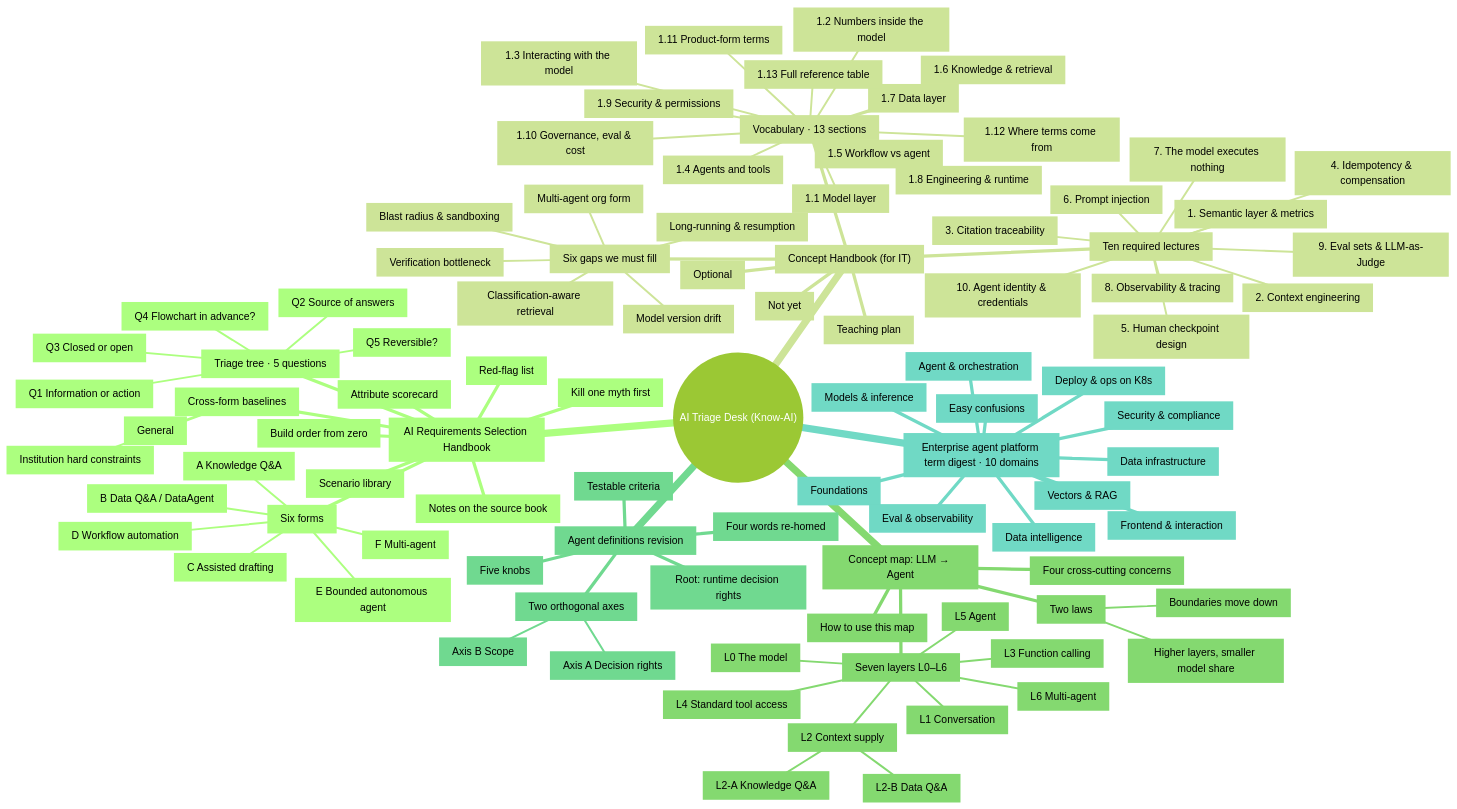
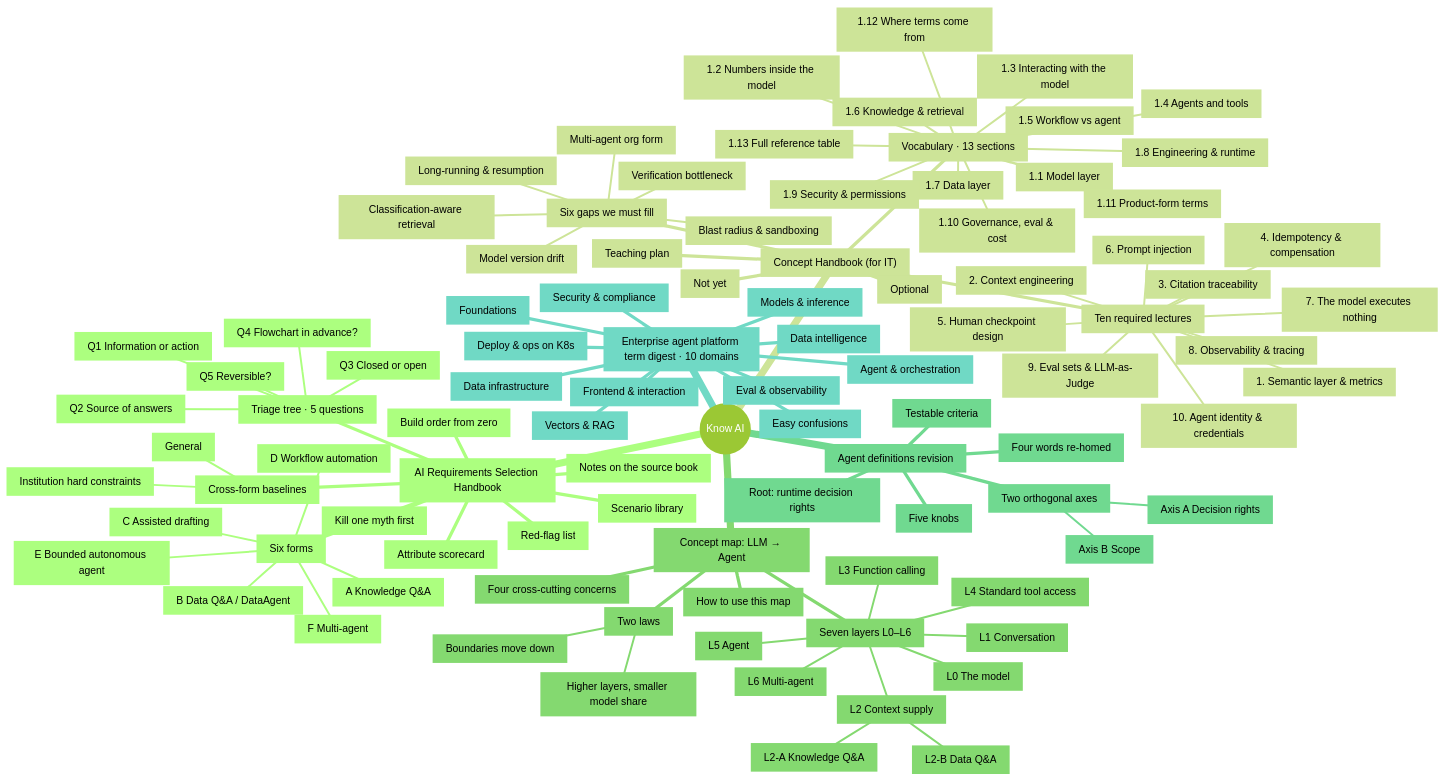
Before and after one commit to pz1130/Know-AI: the diagram in docs/en/mind-map-overview.md, drawn with Mermaid (forest theme). The commit also changed other lines of this file and 13 other files, not shown here.

Commit message:
feat(mindmap): real SVG mind map (balanced/radial/tree, pan-zoom, path highlight) + rebrand to Know AI

````diff
--- a/docs/en/mind-map-overview.md
+++ b/docs/en/mind-map-overview.md
@@ -14,6 +14,6 @@
 ```mermaid
 mindmap
-  root(("AI Triage Desk (Know-AI)"))
+  root(("Know AI"))
     n1["AI Requirements Selection Handbook"]
       n2["Kill one myth first"]
       n3["Triage tree · 5 questions"]
````
